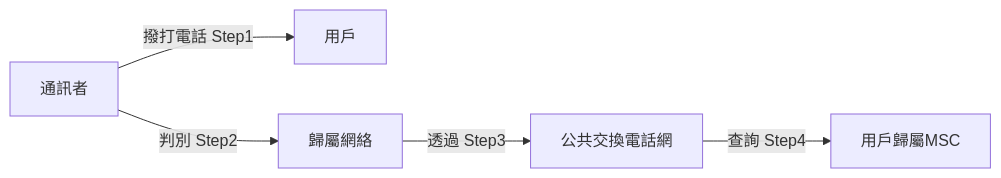
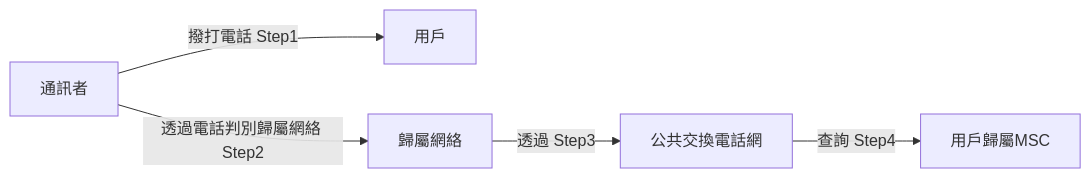
One commit to chchoiw/chchoiw.github.io changed the seventh of 8 diagrams in _posts/2021-07-21-04741-internet.md. Above: the diagram before and after it, drawn with Mermaid.

````diff
--- a/_posts/2021-07-21-04741-internet.md
+++ b/_posts/2021-07-21-04741-internet.md
@@ -777,7 +777,7 @@
 ```mermaid
 graph LR
     A[通訊者] -- 撥打電話 Step1 -->  B[用戶];
-    A-- 判別 Step2-->C[歸屬網絡]
+    A-- 透過電話判別歸屬網絡 Step2-->C[歸屬網絡]
     C -- 透過 Step3-->D[公共交換電話網]
     D -- 查詢 Step4-->E[用戶歸屬MSC]
 ```
````
